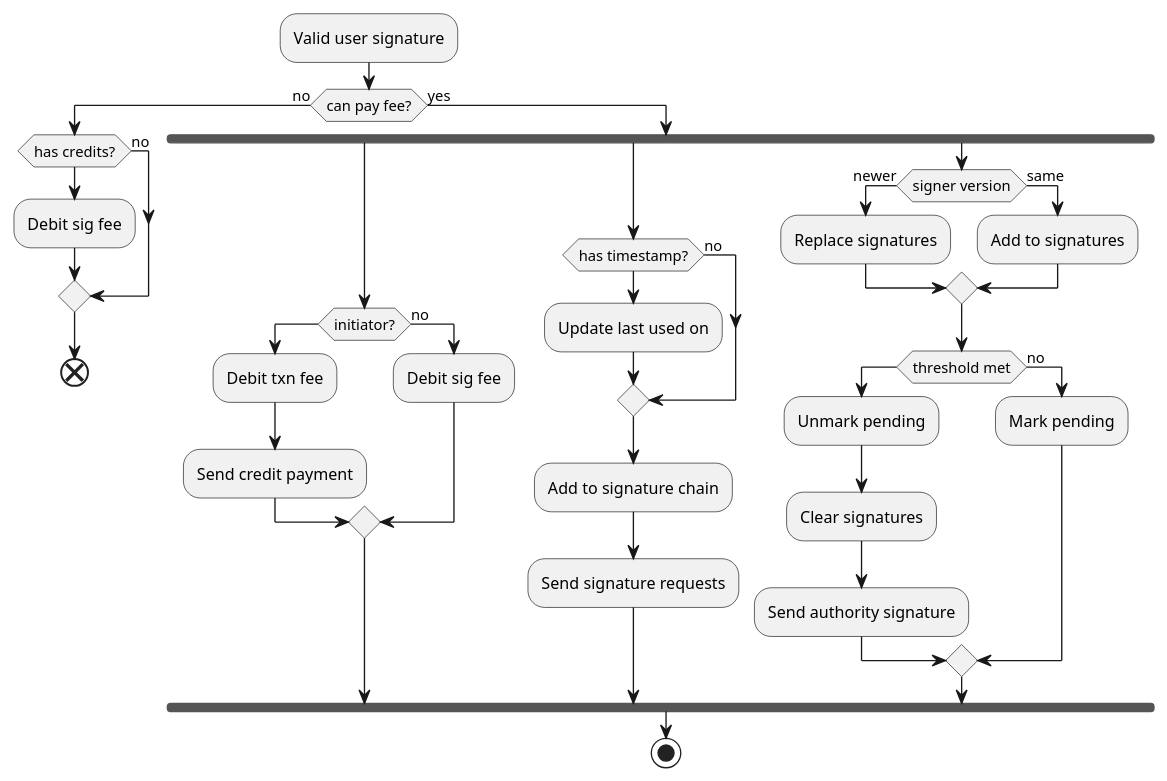
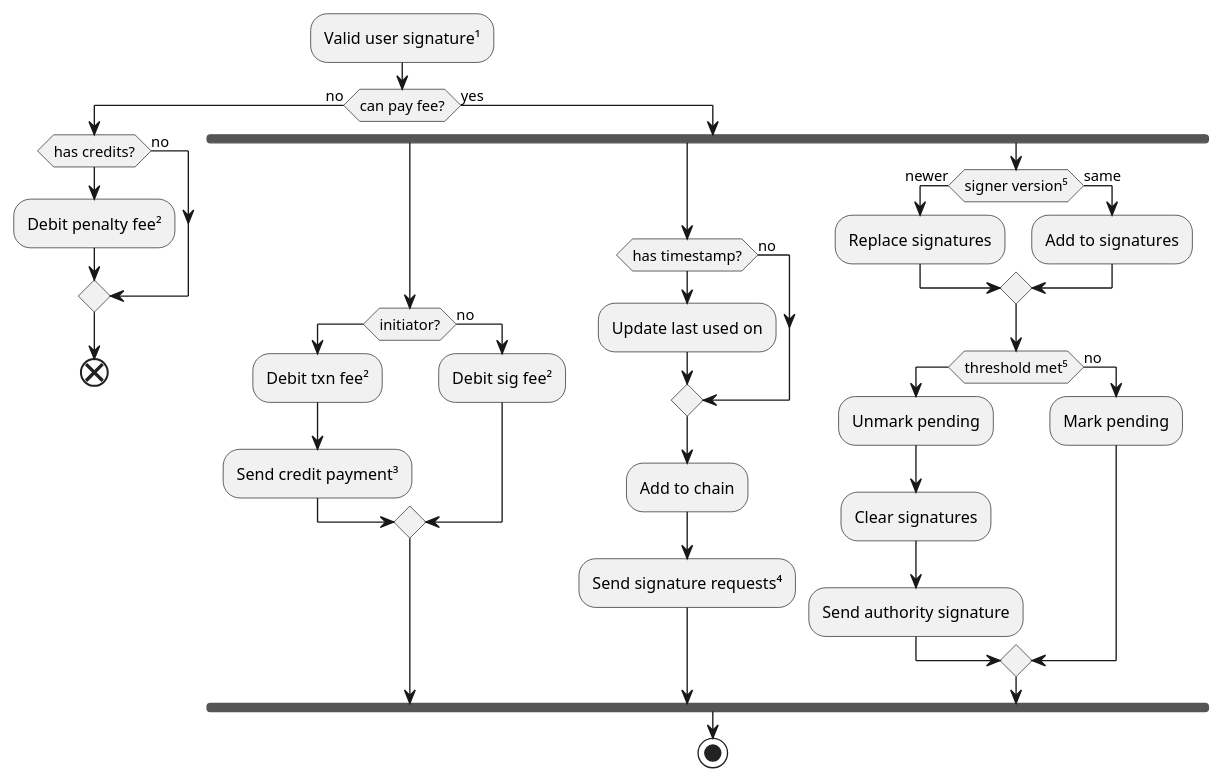
One commit to AccumulateNetwork/accumulate changed the first of 2 diagrams in docs/diagrams/signature.md. Above: the diagram before and after it, drawn with PlantUML. The commit also changed other lines of this file, not shown here.

````diff
--- a/docs/diagrams/signature.md
+++ b/docs/diagrams/signature.md
@@ -7,51 +9,51 @@
 ```plantuml
 @startuml
-:Valid user signature;
+:Valid user signature¹;
 
 if (can pay fee?) then (no)
   if (has credits?) then
-    :Debit sig fee;
+    :Debit penalty fee²;
   else (no)
   endif
   end
 
 else (yes)
   fork
     if (initiator?) then
-      :Debit txn fee;
-      :Send credit payment;
+      :Debit txn fee²;
+      :Send credit payment³;
     else (no)
-      :Debit sig fee;
+      :Debit sig fee²;
     endif
 
   fork again
     if (has timestamp?) then
       :Update last used on;
     else (no)
     endif
 
-    :Add to signature chain;
+    :Add to chain;
 
-    :Send signature requests;
+    :Send signature requests⁴;
 
   fork again
-    if (signer version) is (newer) then
+    if (signer version⁵) is (newer) then
       :Replace signatures;
     else (same)
       :Add to signatures;
     endif
 
-    if (threshold met) then
+    if (threshold met⁵) then
       :Unmark pending;
       :Clear signatures;
       :Send authority signature;
     else (no)
       :Mark pending;
     endif
 
   end fork
 
   stop
 endif
 @enduml
 ```
````
